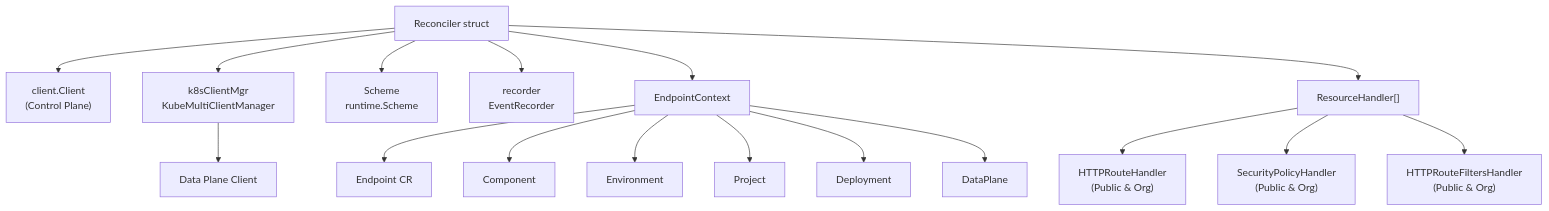
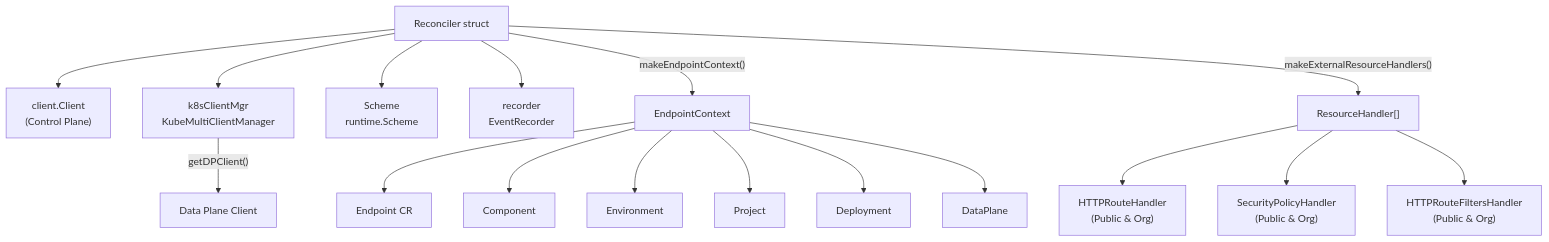
The first of 6 diagrams in docs/deepwiki/Endpoint-Controller.md (openchoreo/openchoreo), drawn with Mermaid before and after one commit. The commit also changed other lines of this file and 85 other files, not shown here.

Commit message:
feat: Add new workflow and specification templates, update Helm chart dependencies, and clarify documentation diagrams.

````diff
--- a/docs/deepwiki/Endpoint-Controller.md
+++ b/docs/deepwiki/Endpoint-Controller.md
@@ -42,38 +42,38 @@
 ```mermaid
 flowchart TD
 
 Reconciler["Reconciler struct"]
 Client["client.Client<br>(Control Plane)"]
 K8sClientMgr["k8sClientMgr<br>KubeMultiClientManager"]
 Scheme["Scheme<br>runtime.Scheme"]
 Recorder["recorder<br>EventRecorder"]
 DPClient["Data Plane Client"]
 EPContext["EndpointContext"]
 Endpoint["Endpoint CR"]
 Component["Component"]
 Environment["Environment"]
 Project["Project"]
 Deployment["Deployment"]
 DataPlane["DataPlane"]
 Handlers["ResourceHandler[]"]
 HTTPRouteHandler["HTTPRouteHandler<br>(Public & Org)"]
 SecurityPolicyHandler["SecurityPolicyHandler<br>(Public & Org)"]
 HTTPRouteFiltersHandler["HTTPRouteFiltersHandler<br>(Public & Org)"]
 
 Reconciler --> Client
 Reconciler --> K8sClientMgr
 Reconciler --> Scheme
 Reconciler --> Recorder
-K8sClientMgr --> DPClient
-Reconciler --> EPContext
+K8sClientMgr -->|"getDPClient()"| DPClient
+Reconciler -->|"makeEndpointContext()"| EPContext
 EPContext --> Endpoint
 EPContext --> Component
 EPContext --> Environment
 EPContext --> Project
 EPContext --> Deployment
 EPContext --> DataPlane
-Reconciler --> Handlers
+Reconciler -->|"makeExternalResourceHandlers()"| Handlers
 Handlers --> HTTPRouteHandler
 Handlers --> SecurityPolicyHandler
 Handlers --> HTTPRouteFiltersHandler
 ```
````
